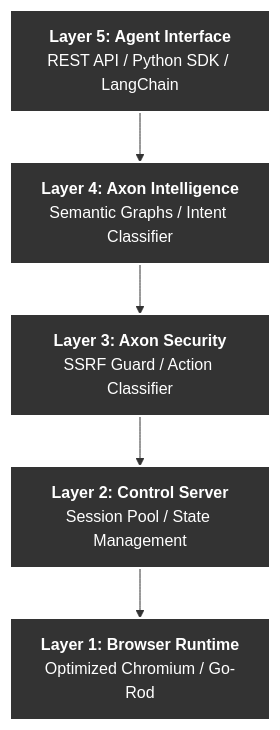
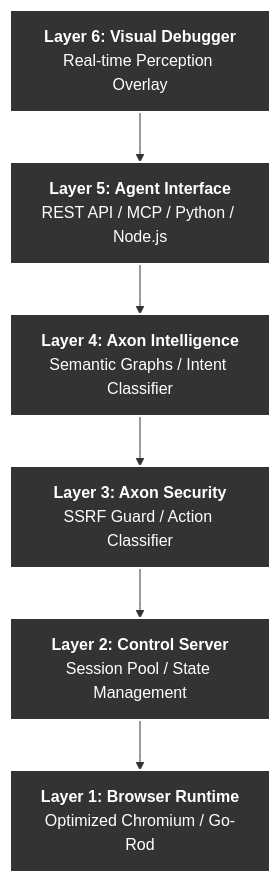
The diagram in README.md (rennaisance-jomt/Axon), drawn with Mermaid before and after one commit. The commit also changed other lines of this file and 43 other files, not shown here.

Commit message:
Add Python and Node.js environment ignores, update benchmarks, and expand architecture documentation

````diff
--- a/README.md
+++ b/README.md
@@ -52,14 +52,16 @@
 ```mermaid
 graph TD
-    A[<b>Layer 5: Agent Interface</b><br/>REST API / Python SDK / LangChain] --> B
+    V[<b>Layer 6: Visual Debugger</b><br/>Real-time Perception Overlay] --> A
+    A[<b>Layer 5: Agent Interface</b><br/>REST API / MCP / Python / Node.js] --> B
     B[<b>Layer 4: Axon Intelligence</b><br/>Semantic Graphs / Intent Classifier] --> C
     C[<b>Layer 3: Axon Security</b><br/>SSRF Guard / Action Classifier] --> D
     D[<b>Layer 2: Control Server</b><br/>Session Pool / State Management] --> E
     E[<b>Layer 1: Browser Runtime</b><br/>Optimized Chromium / Go-Rod]
     
+    style V fill:#333333,stroke:#ffffff,stroke-width:2px,color:#ffffff
     style A fill:#333333,stroke:#ffffff,stroke-width:2px,color:#ffffff
     style B fill:#333333,stroke:#ffffff,stroke-width:2px,color:#ffffff
     style C fill:#333333,stroke:#ffffff,stroke-width:2px,color:#ffffff
     style D fill:#333333,stroke:#ffffff,stroke-width:2px,color:#ffffff
     style E fill:#333333,stroke:#ffffff,stroke-width:2px,color:#ffffff
 ```
````
